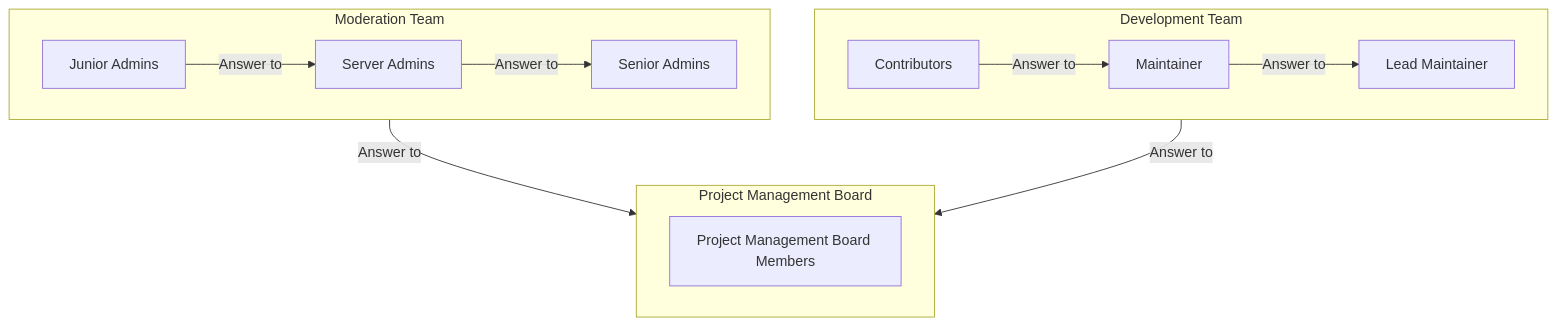
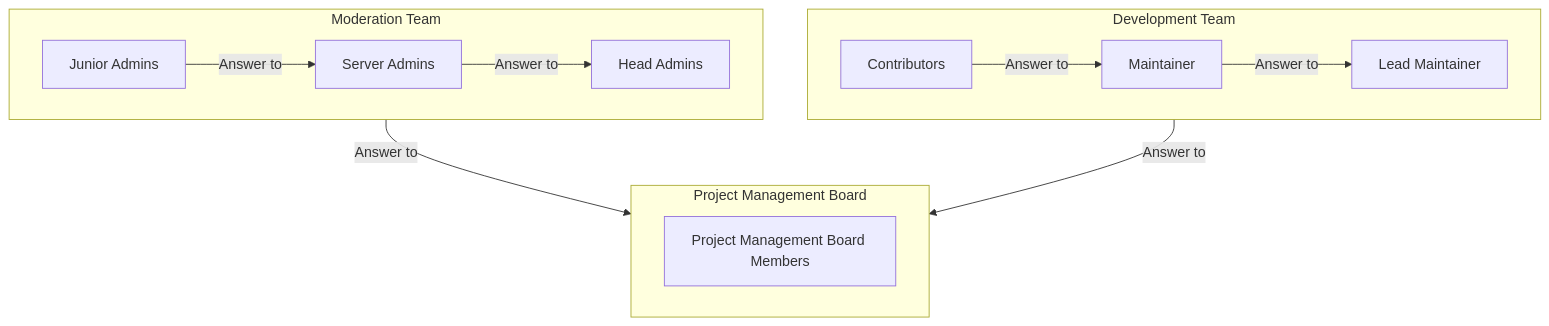
One commit to RonStation/docs changed the diagram in src/staff/hierarchy.md. Above: the diagram before and after it, drawn with Mermaid.

Commit message:
Changes seniormins to headmins

````diff
--- a/src/staff/hierarchy.md
+++ b/src/staff/hierarchy.md
@@ -3,29 +3,29 @@
 ```mermaid
 flowchart TD
     %% Mod Team
     subgraph ModTeam["Moderation Team"]
         Trialmin[Junior Admins]
         Admin[Server Admins]
-        Oldmin[Senior Admins]
+        Oldmin[Head Admins]
     end
 
     Trialmin --"Answer to"--> Admin
     Admin --"Answer to"--> Oldmin
 
     %% Dev team
     subgraph DevTeam["Development Team"]
         Contrib[Contributors] 
         Maint[Maintainer]
         LM[Lead Maintainer]
     end
 
     Contrib --"Answer to"--> Maint
     Maint --"Answer to"--> LM
 
     %% Project Management Board
     subgraph PMB["Project Management Board"]
         PMBM[Project Management Board Members]
     end
     ModTeam --"Answer to" --> PMB
     DevTeam --"Answer to" --> PMB
 ```
````
